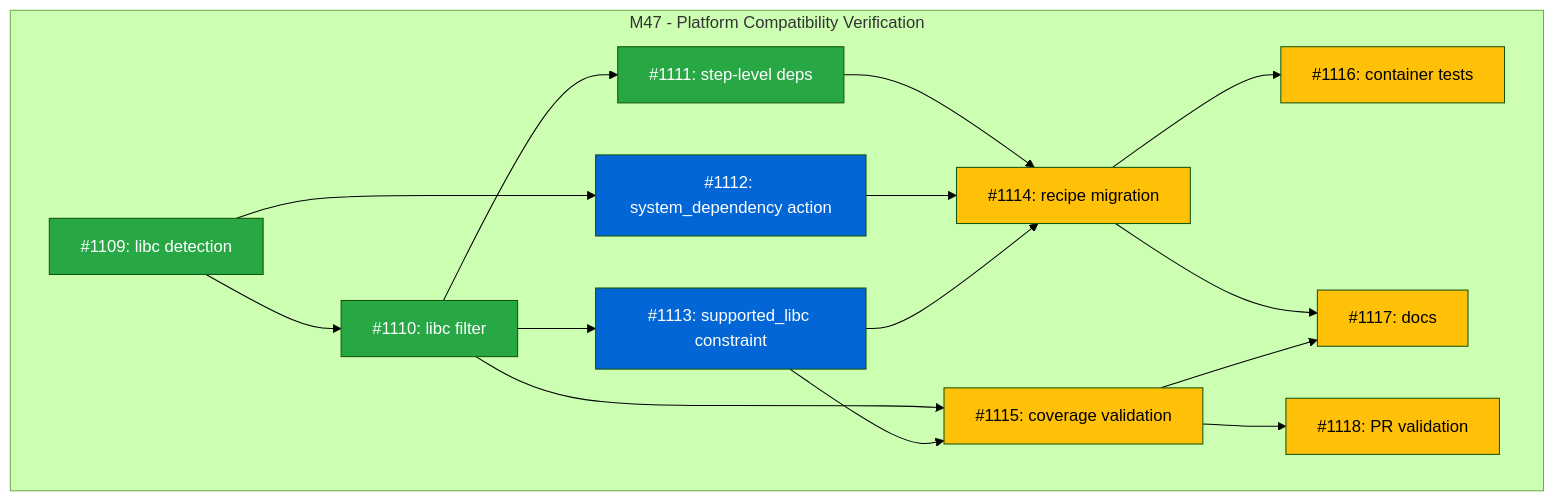
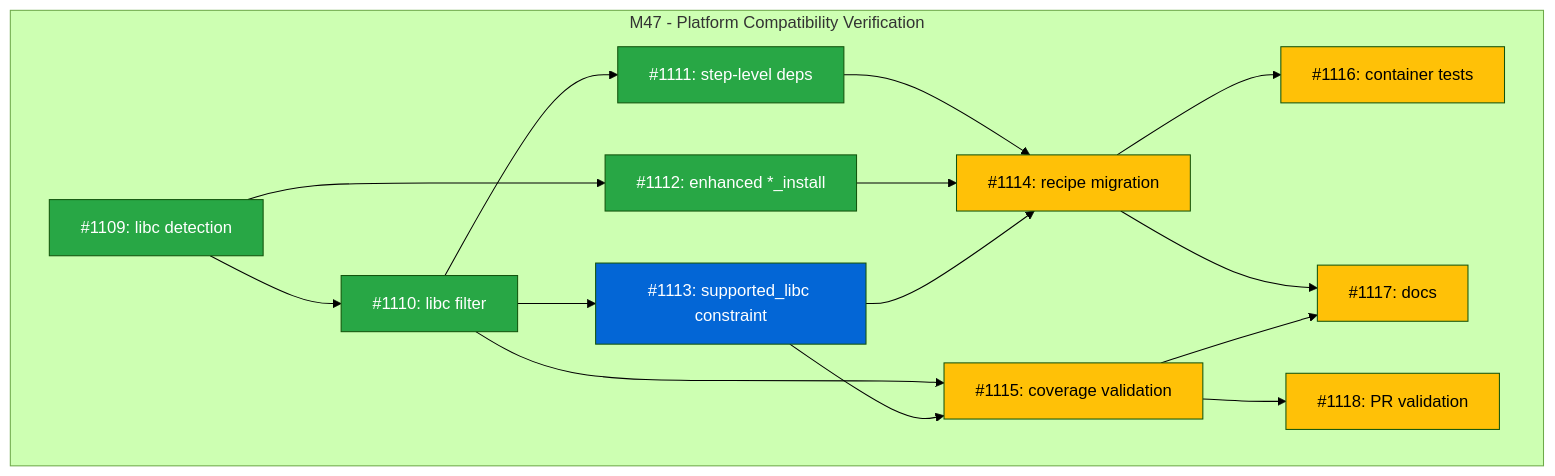
One commit to tsukumogami/tsuku changed the diagram in docs/designs/DESIGN-platform-compatibility-verification.md. Above: the diagram before and after it, drawn with Mermaid (forest theme). The commit also changed other lines of this file and 8 other files, not shown here.

````diff
--- a/docs/designs/DESIGN-platform-compatibility-verification.md
+++ b/docs/designs/DESIGN-platform-compatibility-verification.md
@@ -29,34 +29,34 @@
 ```mermaid
 graph TD
     subgraph "M47 - Platform Compatibility Verification"
         I1109["#1109: libc detection"]:::done
         I1110["#1110: libc filter"]:::done
         I1111["#1111: step-level deps"]:::done
-        I1112["#1112: system_dependency action"]:::ready
+        I1112["#1112: enhanced *_install"]:::done
         I1113["#1113: supported_libc constraint"]:::ready
         I1114["#1114: recipe migration"]:::blocked
         I1115["#1115: coverage validation"]:::blocked
         I1116["#1116: container tests"]:::blocked
         I1117["#1117: docs"]:::blocked
         I1118["#1118: PR validation"]:::blocked
 
         I1109 --> I1110
         I1109 --> I1112
         I1110 --> I1111
         I1110 --> I1113
         I1110 --> I1115
         I1111 --> I1114
         I1112 --> I1114
         I1113 --> I1114
         I1113 --> I1115
         I1114 --> I1116
         I1114 --> I1117
         I1115 --> I1117
         I1115 --> I1118
     end
 
     classDef done fill:#28a745,color:#fff
     classDef ready fill:#0366d6,color:#fff
     classDef blocked fill:#ffc107,color:#000
     classDef needsDesign fill:#6f42c1,color:#fff
 ```
````
